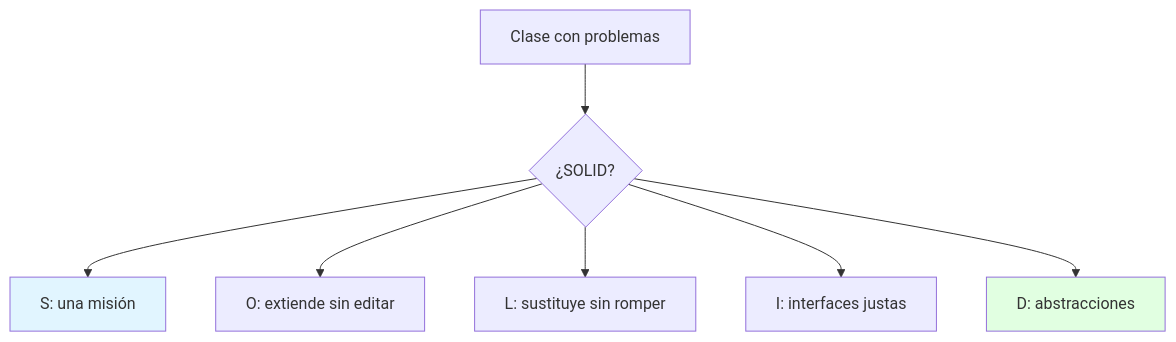
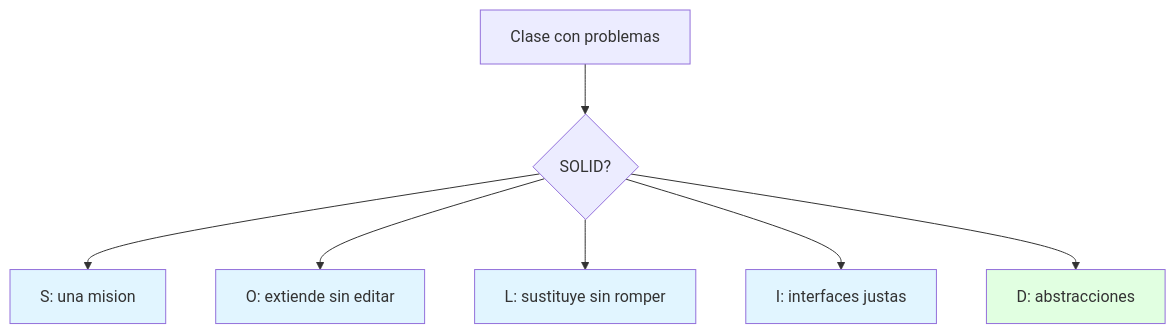
One commit to Fsteven22/Notas-ESPOL changed the first of 4 diagrams in src/site/notes/Universidad/3er Semestre/Diseño de Software/Unidad 1 - Introducción al diseño/04 - Principios SOLID.md. Above: the diagram before and after it, drawn with Mermaid. The commit also changed other lines of this file and 271 other files, not shown here.

````diff
--- a/src/site/notes/Universidad/3er Semestre/Diseño de Software/Unidad 1 - Introducción al diseño/04 - Principios SOLID.md
+++ b/src/site/notes/Universidad/3er Semestre/Diseño de Software/Unidad 1 - Introducción al diseño/04 - Principios SOLID.md
@@ -30,12 +34,15 @@
 ```mermaid
 graph TB
-    A[Clase con problemas] --> B{¿SOLID?}
-    B --> S[S: una misión]
-    B --> O[O: extiende sin editar]
-    B --> L[L: sustituye sin romper]
-    B --> I[I: interfaces justas]
-    B --> D[D: abstracciones]
+    A["Clase con problemas"] --> B{"SOLID?"}
+    B --> S["S: una mision"]
+    B --> O["O: extiende sin editar"]
+    B --> L["L: sustituye sin romper"]
+    B --> I["I: interfaces justas"]
+    B --> D["D: abstracciones"]
 
     style S fill:#e1f5ff
+    style O fill:#e1f5ff
+    style L fill:#e1f5ff
+    style I fill:#e1f5ff
     style D fill:#e1ffe1
 ```
````
